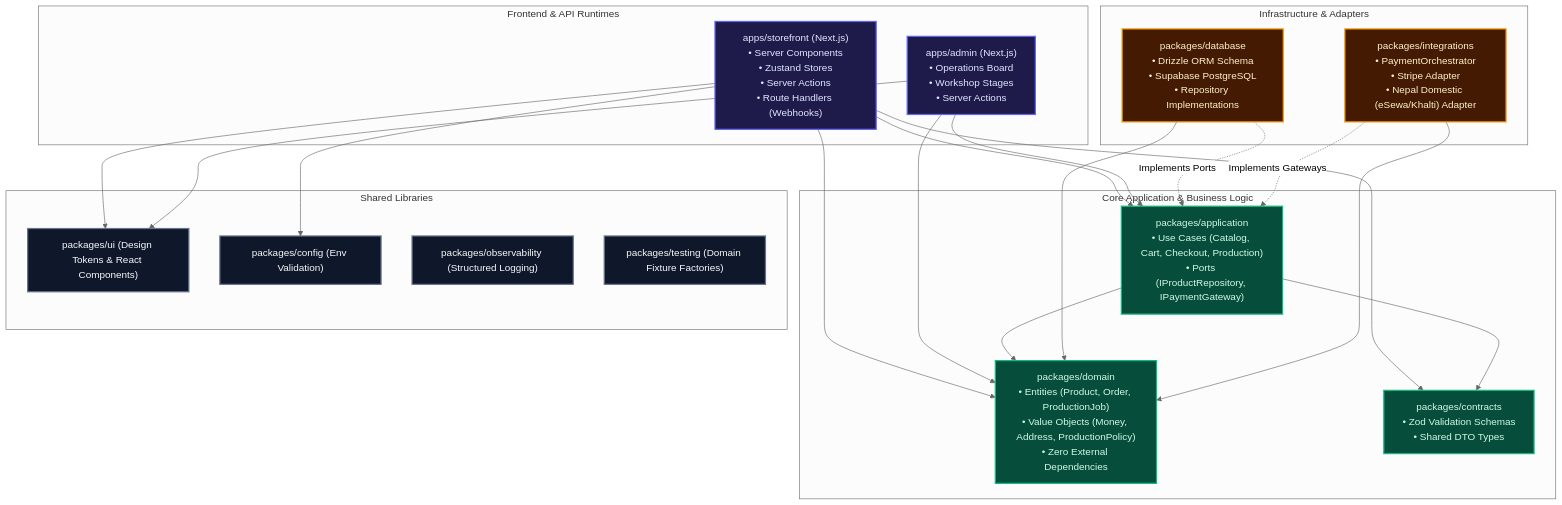
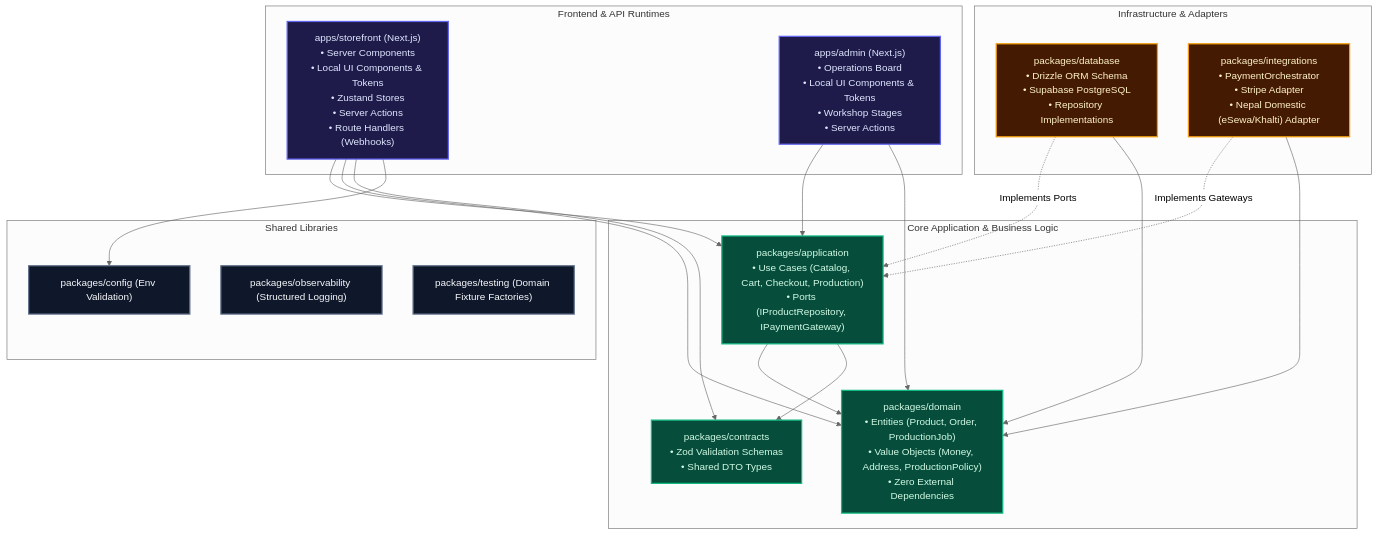
One commit to Sarthak2233/Jeanius changed the diagram in docs/assets/diagrams/src/architecture-component-layers.mmd. Above: the diagram before and after it, drawn with Mermaid (neutral theme). The commit also changed 160 other files, not shown here.

First line of the commit message:
feat(storefront): implement design system, shell, and auth security (JN-111..JN-156)

```diff
--- a/docs/assets/diagrams/src/architecture-component-layers.mmd
+++ b/docs/assets/diagrams/src/architecture-component-layers.mmd
@@ -1,52 +1,49 @@
 graph TD
     subgraph Frontend & API Runtimes
-        Storefront["apps/storefront (Next.js)<br/>• Server Components<br/>• Zustand Stores<br/>• Server Actions<br/>• Route Handlers (Webhooks)"]
-        Admin["apps/admin (Next.js)<br/>• Operations Board<br/>• Workshop Stages<br/>• Server Actions"]
+        Storefront["apps/storefront (Next.js)<br/>• Server Components<br/>• Local UI Components & Tokens<br/>• Zustand Stores<br/>• Server Actions<br/>• Route Handlers (Webhooks)"]
+        Admin["apps/admin (Next.js)<br/>• Operations Board<br/>• Local UI Components & Tokens<br/>• Workshop Stages<br/>• Server Actions"]
     end
 
     subgraph Core Application & Business Logic
         AppLayer["packages/application<br/>• Use Cases (Catalog, Cart, Checkout, Production)<br/>• Ports (IProductRepository, IPaymentGateway)"]
         Domain["packages/domain<br/>• Entities (Product, Order, ProductionJob)<br/>• Value Objects (Money, Address, ProductionPolicy)<br/>• Zero External Dependencies"]
         Contracts["packages/contracts<br/>• Zod Validation Schemas<br/>• Shared DTO Types"]
     end
 
     subgraph Infrastructure & Adapters
         Database["packages/database<br/>• Drizzle ORM Schema<br/>• Supabase PostgreSQL<br/>• Repository Implementations"]
         Integrations["packages/integrations<br/>• PaymentOrchestrator<br/>• Stripe Adapter<br/>• Nepal Domestic (eSewa/Khalti) Adapter"]
     end
 
     subgraph Shared Libraries
-        UI["packages/ui (Design Tokens & React Components)"]
         Config["packages/config (Env Validation)"]
         Obs["packages/observability (Structured Logging)"]
         Testing["packages/testing (Domain Fixture Factories)"]
     end
 
     Storefront --> AppLayer
     Storefront --> Domain
     Storefront --> Contracts
-    Storefront --> UI
     Storefront --> Config
 
     Admin --> AppLayer
     Admin --> Domain
-    Admin --> UI
 
     AppLayer --> Domain
     AppLayer --> Contracts
 
     Database -.->|Implements Ports| AppLayer
     Database --> Domain
 
     Integrations -.->|Implements Gateways| AppLayer
     Integrations --> Domain
 
     classDef indigo fill:#1e1b4b,stroke:#6366f1,stroke-width:2px,color:#e0e7ff;
     classDef emerald fill:#064e3b,stroke:#10b981,stroke-width:2px,color:#d1fae5;
     classDef amber fill:#451a03,stroke:#f59e0b,stroke-width:2px,color:#fef3c7;
     classDef slate fill:#0f172a,stroke:#64748b,stroke-width:2px,color:#f8fafc;
 
     class Storefront,Admin indigo;
     class AppLayer,Domain,Contracts emerald;
     class Database,Integrations amber;
-    class UI,Config,Obs,Testing slate;
+    class Config,Obs,Testing slate;
```
